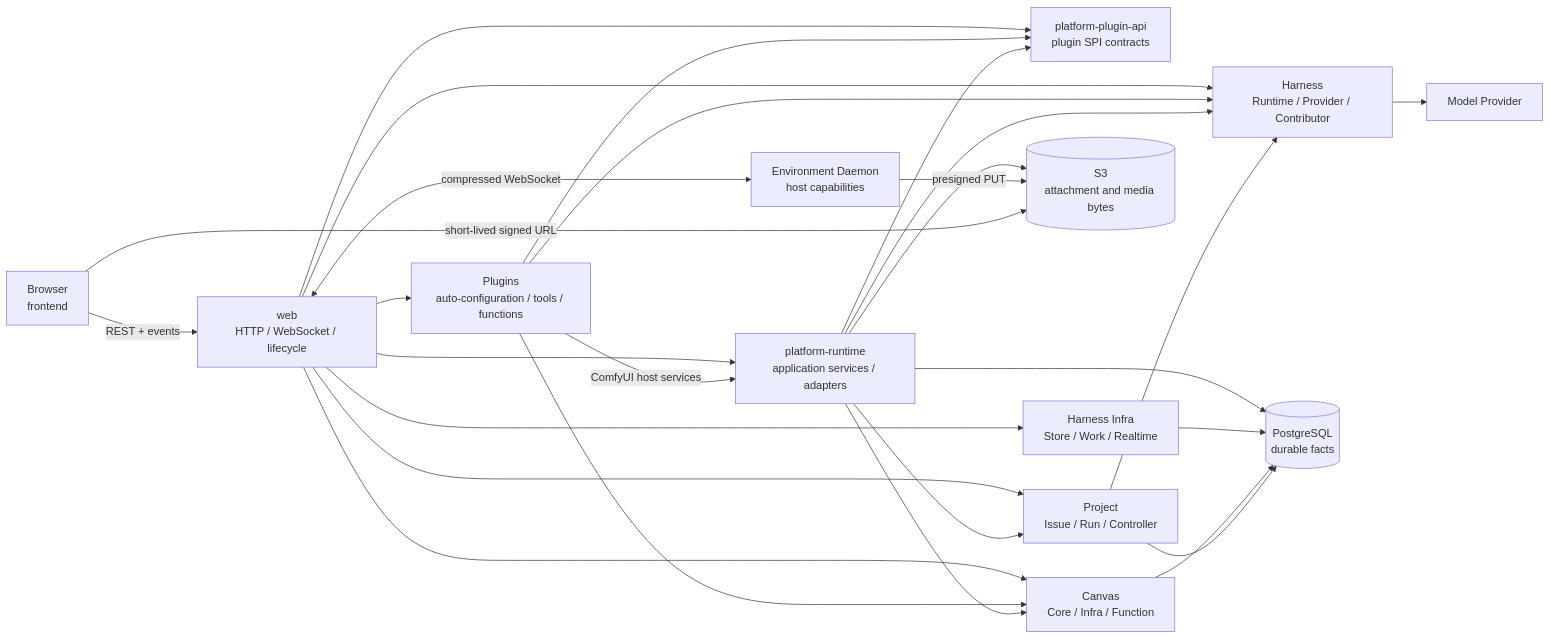
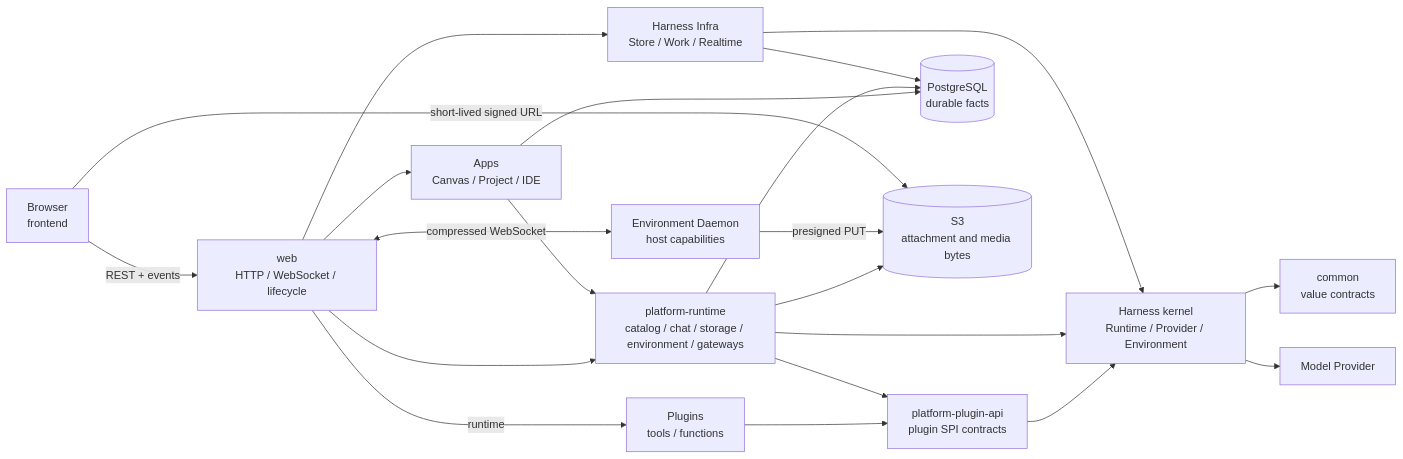
Before and after one commit to fengwk/kk-studio: the diagram in docs/system-design.md, drawn with Mermaid. The commit also changed other lines of this file and 1192 other files, not shown here.

First line of the commit message:
refactor: split modules into kernel, platform and apps; compress kernel docs

````diff
--- a/docs/system-design.md
+++ b/docs/system-design.md
@@ -24,43 +24,37 @@
 ```mermaid
 flowchart LR
     Browser["Browser<br/>frontend"]
     Web["web<br/>HTTP / WebSocket / lifecycle"]
+    Apps["Apps<br/>Canvas / Project / IDE"]
+    Plugins["Plugins<br/>tools / functions"]
     PlatformApi["platform-plugin-api<br/>plugin SPI contracts"]
-    PlatformRuntime["platform-runtime<br/>application services / adapters"]
-    Harness["Harness<br/>Runtime / Provider / Contributor"]
-    Plugins["Plugins<br/>auto-configuration / tools / functions"]
+    PlatformRuntime["platform-runtime<br/>catalog / chat / storage / environment / gateways"]
     Infra["Harness Infra<br/>Store / Work / Realtime"]
-    Canvas["Canvas<br/>Core / Infra / Function"]
-    Project["Project<br/>Issue / Run / Controller"]
+    Harness["Harness kernel<br/>Runtime / Provider / Environment"]
+    Common["common<br/>value contracts"]
     PG[("PostgreSQL<br/>durable facts")]
     S3[("S3<br/>attachment and media bytes")]
     Provider["Model Provider"]
     Daemon["Environment Daemon<br/>host capabilities"]
 
     Browser -->|REST + events| Web
+    Web --> Apps
     Web --> PlatformRuntime
-    Web --> PlatformApi
-    Web --> Harness
     Web --> Infra
-    Web --> Canvas
-    Web --> Project
-    Web --> Plugins
+    Web -->|runtime| Plugins
+    Apps --> PlatformRuntime
     Plugins --> PlatformApi
-    Plugins -->|ComfyUI host services| PlatformRuntime
-    Plugins --> Harness
-    Plugins --> Canvas
     PlatformRuntime --> PlatformApi
+    PlatformApi --> Harness
     PlatformRuntime --> Harness
-    PlatformRuntime --> Canvas
-    PlatformRuntime --> Project
-    Project --> Harness
+    Infra --> Harness
+    Harness --> Common
+    Apps --> PG
     PlatformRuntime --> PG
     PlatformRuntime --> S3
     Infra --> PG
-    Canvas --> PG
-    Project --> PG
     Harness --> Provider
     Web <-->|compressed WebSocket| Daemon
     Daemon -->|presigned PUT| S3
     Browser -->|short-lived signed URL| S3
 ```
````
